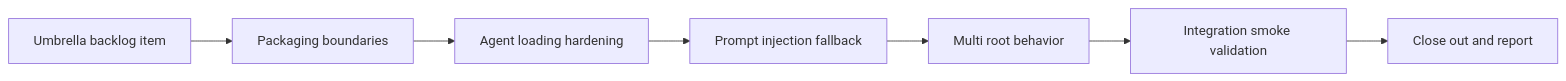
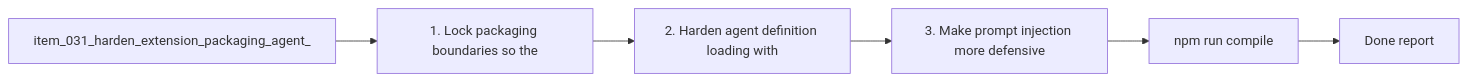
Before and after one commit to AlexAgo83/logics-manager: the diagram in logics/tasks/task_025_harden_extension_packaging_agent_loading_and_workspace_runtime_behavior.md, drawn with Mermaid. The commit also changed other lines of this file and 481 other files, not shown here.

````diff
--- a/logics/tasks/task_025_harden_extension_packaging_agent_loading_and_workspace_runtime_behavior.md
+++ b/logics/tasks/task_025_harden_extension_packaging_agent_loading_and_workspace_runtime_behavior.md
@@ -19,10 +20,10 @@
 ```mermaid
+%% logics-kind: task
 %% logics-signature: task|harden-extension-packaging-agent-loading|item-031-harden-extension-packaging-agen|1-lock-packaging-boundaries-so-the|npm-run-compile
 flowchart LR
-    Backlog[Umbrella backlog item] --> Package[Packaging boundaries]
-    Package --> Agents[Agent loading hardening]
-    Agents --> Prompt[Prompt injection fallback]
-    Prompt --> Workspace[Multi root behavior]
-    Workspace --> Smoke[Integration smoke validation]
-    Smoke --> Report[Close out and report]
+    Backlog[item_031_harden_extension_packaging_agent_] --> Step1[1. Lock packaging boundaries so the]
+    Step1 --> Step2[2. Harden agent definition loading with]
+    Step2 --> Step3[3. Make prompt injection more defensive]
+    Step3 --> Validation[npm run compile]
+    Validation --> Report[Done report]
 ```
````
